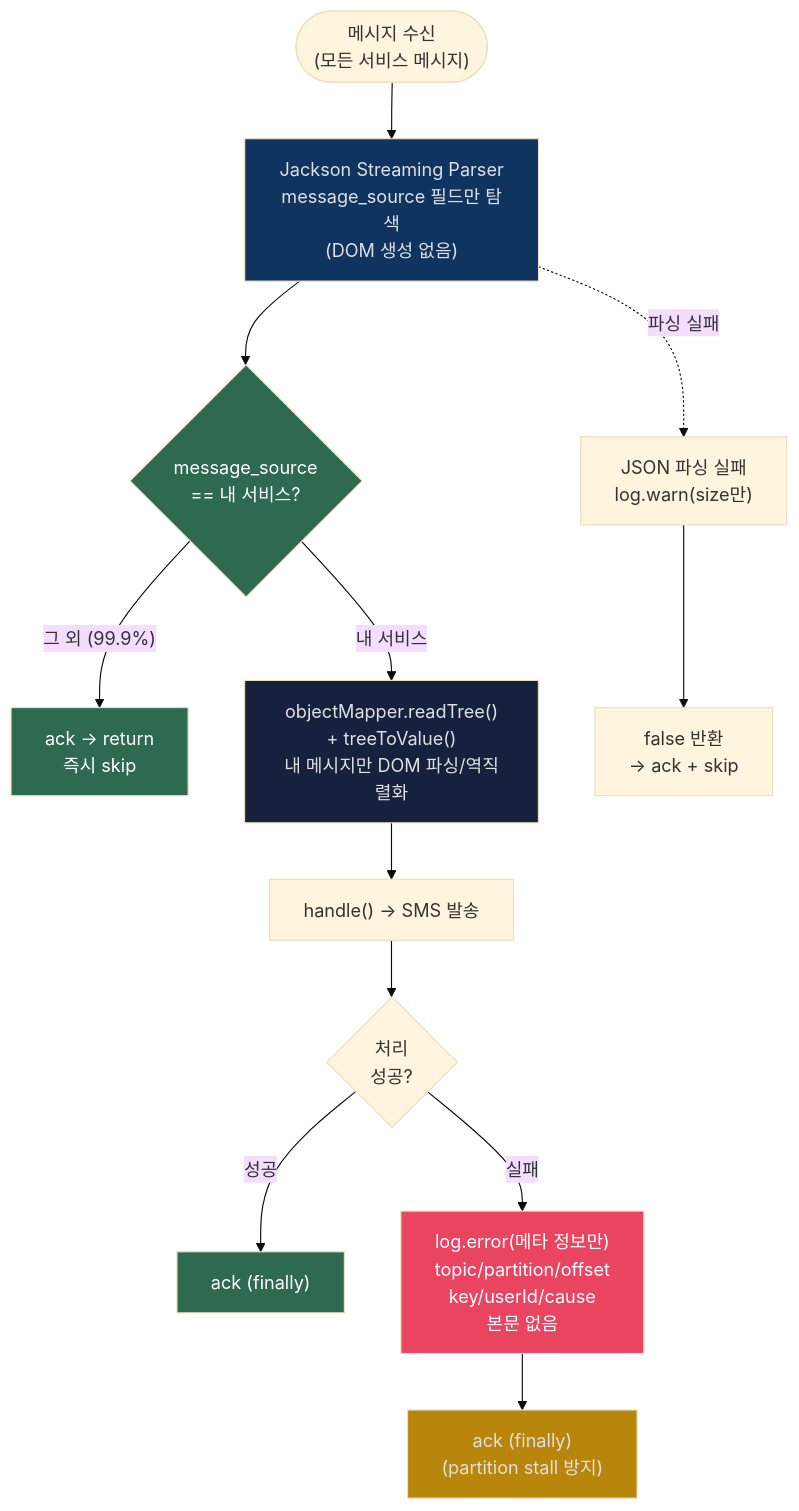
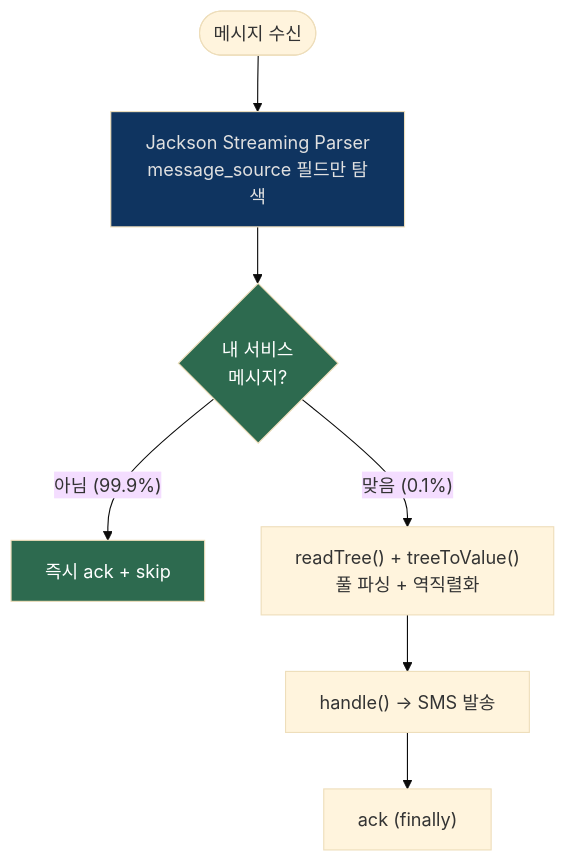
Before and after one commit to hyungkishin/hyungkishin.github.io: the third of 6 diagrams in contents/posts/roopers/technical-writing/round4/index.md, drawn with Mermaid (base theme). The commit also changed other lines of this file and 2 other files, not shown here.

````diff
--- a/contents/posts/roopers/technical-writing/round4/index.md
+++ b/contents/posts/roopers/technical-writing/round4/index.md
@@ -158,36 +159,22 @@
 ```mermaid
 flowchart TD
-    start(["메시지 수신<br/>(모든 서비스 메시지)"])
-    streaming["Jackson Streaming Parser<br/>message_source 필드만 탐색<br/>(DOM 생성 없음)"]
-    isMine{"message_source<br/>== 내 서비스?"}
-    skipAck["ack → return<br/>즉시 skip"]
-    parseTree["objectMapper.readTree()<br/>+ treeToValue()<br/>내 메시지만 DOM 파싱/역직렬화"]
+    start(["메시지 수신"])
+    streaming["Jackson Streaming Parser<br/>message_source 필드만 탐색"]
+    isMine{"내 서비스<br/>메시지?"}
+    skipAck["즉시 ack + skip"]
+    parseTree["readTree() + treeToValue()<br/>풀 파싱 + 역직렬화"]
     handle["handle() → SMS 발송"]
-    handleResult{"처리<br/>성공?"}
-    successAck["ack (finally)"]
-    failLog["log.error(메타 정보만)<br/>topic/partition/offset<br/>key/userId/cause<br/>본문 없음"]
-    failAck["ack (finally)<br/>(partition stall 방지)"]
-    parseErr["JSON 파싱 실패<br/>log.warn(size만)"]
-    parseErrAck["false 반환<br/>→ ack + skip"]
+    ack["ack (finally)"]
 
     start --> streaming
     streaming --> isMine
 
-    isMine -->|"내 서비스"| parseTree
-    isMine -->|"그 외 (99.9%)"| skipAck
+    isMine -->|"아님 (99.9%)"| skipAck
+    isMine -->|"맞음 (0.1%)"| parseTree
 
-    streaming -.->|"파싱 실패"| parseErr --> parseErrAck
-
-    parseTree --> handle --> handleResult
-
-    handleResult -->|"성공"| successAck
-    handleResult -->|"실패"| failLog --> failAck
+    parseTree --> handle --> ack
 
     style streaming fill:#0f3460,color:#e0e0e0
+    style skipAck fill:#2d6a4f,color:#ffffff
     style isMine fill:#2d6a4f,color:#ffffff
-    style skipAck fill:#2d6a4f,color:#ffffff
-    style parseTree fill:#16213e,color:#e0e0e0
-    style successAck fill:#2d6a4f,color:#ffffff
-    style failLog fill:#e94560,color:#ffffff
-    style failAck fill:#b8860b,color:#e0e0e0
 ```
````
